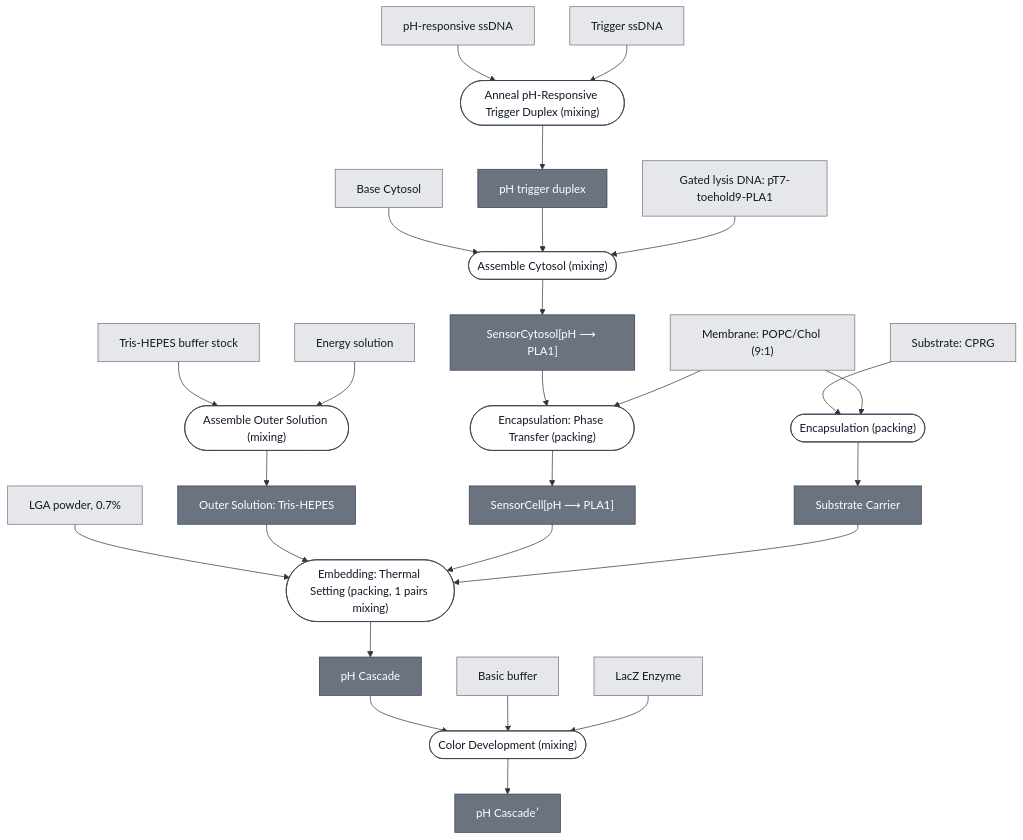
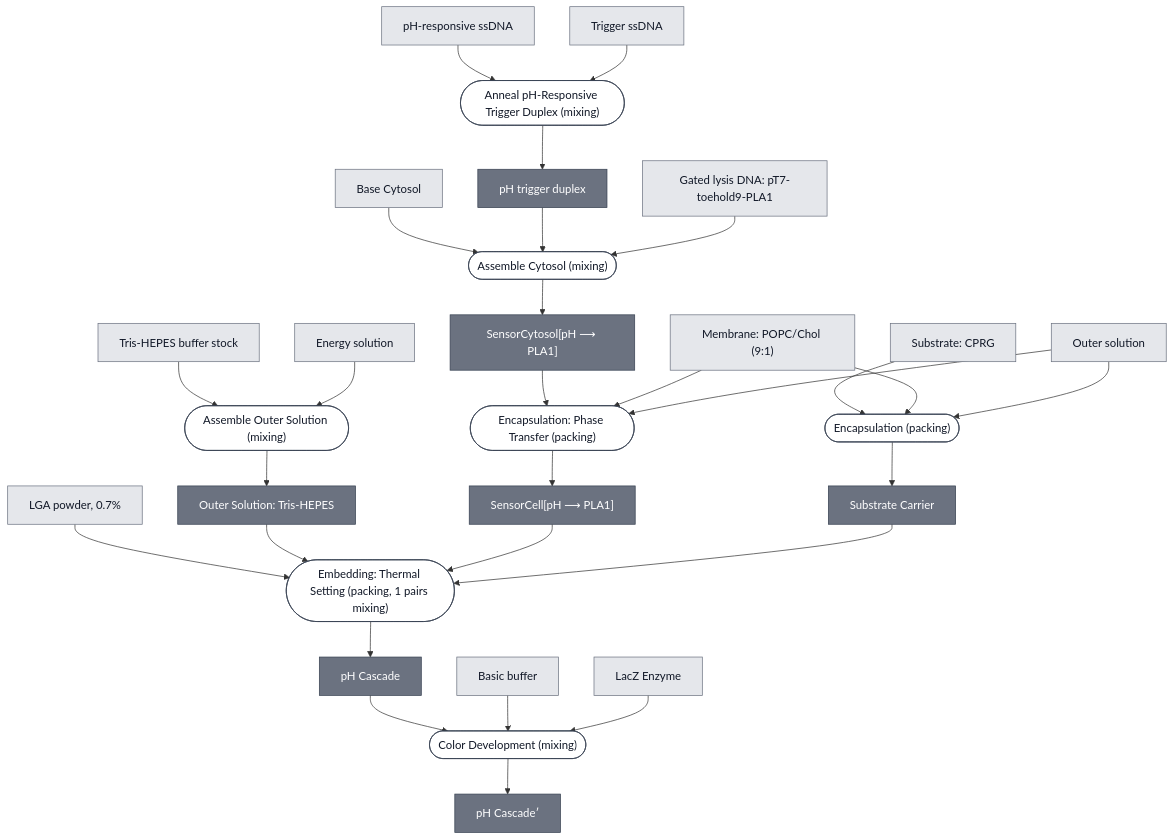
The diagram in docs/modules/ph-cascade/spec.md (nucleus-eng/nucleus-docs), drawn with Mermaid before and after one commit. The commit also changed 41 other files, not shown here.

````diff
--- a/docs/modules/ph-cascade/spec.md
+++ b/docs/modules/ph-cascade/spec.md
@@ -35,5 +35,6 @@
 ```mermaid
 flowchart TD
+    OUTER_SOLUTION["Outer solution"]
     BASE_CYTOSOL["Base Cytosol"]
     PH_RESPONSIVE_SSDNA["pH-responsive ssDNA"]
     TRIGGER_SSDNA["Trigger ssDNA"]
@@ -76,10 +77,12 @@
 
     PH_SENSOR_CYTOSOL --> P4_ENCAPSULATE_0
     MEMBRANE_POPC_CHOL_9_1 --> P4_ENCAPSULATE_0
+    OUTER_SOLUTION --> P4_ENCAPSULATE_0
     P4_ENCAPSULATE_0 --> PH_SENSING_CELL
 
     SUBSTRATE_CPRG --> P5_ENCAPSULATE_SUBSTRATE_0
     MEMBRANE_POPC_CHOL_9_1 --> P5_ENCAPSULATE_SUBSTRATE_0
+    OUTER_SOLUTION --> P5_ENCAPSULATE_SUBSTRATE_0
     P5_ENCAPSULATE_SUBSTRATE_0 --> SUBSTRATE_CARRIER
 
     LGA_POWDER --> P6_EMBED_AGAROSE_0
@@ -97,10 +100,11 @@
     classDef leaf     fill:#e5e7eb,stroke:#6b7280,color:#111827;
     classDef composed fill:#6b7280,stroke:#374151,color:#ffffff;
     classDef process  fill:#ffffff,stroke:#374151,color:#111827;
-    class BASE_CYTOSOL,PH_RESPONSIVE_SSDNA,TRIGGER_SSDNA,EFFECTOR_PLA1_TOEHOLD,MEMBRANE_POPC_CHOL_9_1,SUBSTRATE_CPRG,BASIC_BUFFER,REPORTER_LACZ_ENZYME,LGA_POWDER,TRIS_HEPES_STOCK,ENERGY_SOLUTION leaf;
+    class OUTER_SOLUTION,BASE_CYTOSOL,PH_RESPONSIVE_SSDNA,TRIGGER_SSDNA,EFFECTOR_PLA1_TOEHOLD,MEMBRANE_POPC_CHOL_9_1,SUBSTRATE_CPRG,BASIC_BUFFER,REPORTER_LACZ_ENZYME,LGA_POWDER,TRIS_HEPES_STOCK,ENERGY_SOLUTION leaf;
     class OUTER_SOLUTION_TRIS_HEPES,PH_TRIGGER_DUPLEX,PH_SENSOR_CYTOSOL,PH_SENSING_CELL,SUBSTRATE_CARRIER,PH_CASCADE,PH_CASCADE_DEVELOPED composed;
     class P1_ASSEMBLE_OUTER_SOLUTION_0,P2_ANNEAL_TRIGGER_DUPLEX_0,P3_ASSEMBLE_CYTOSOL_0,P4_ENCAPSULATE_0,P5_ENCAPSULATE_SUBSTRATE_0,P6_EMBED_AGAROSE_0,P7_DEVELOP_0 process;
 
+    click OUTER_SOLUTION "/docs/modules/outer-solution/spec"
     click BASE_CYTOSOL "/docs/modules/base-cytosol/spec"
     click MEMBRANE_POPC_CHOL_9_1 "/docs/modules/membrane-popc-chol-9-1/spec"
     click SUBSTRATE_CPRG "/docs/modules/substrate-cprg/spec"
````
